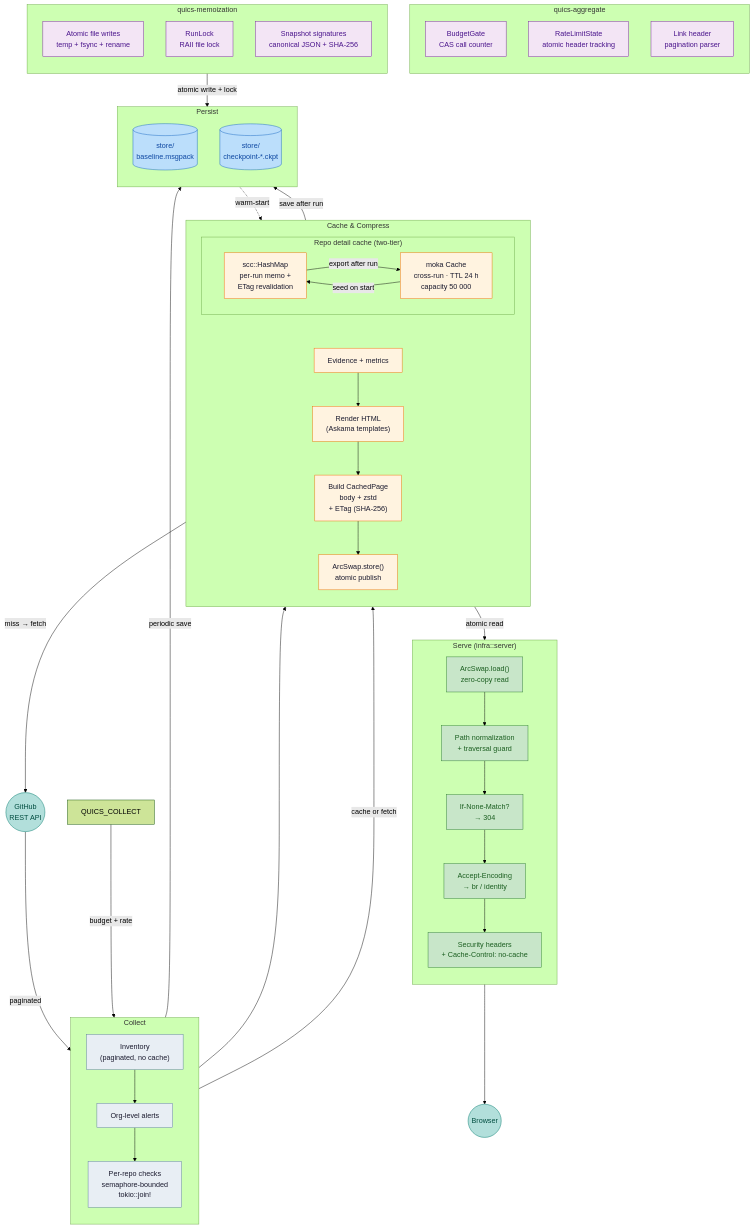
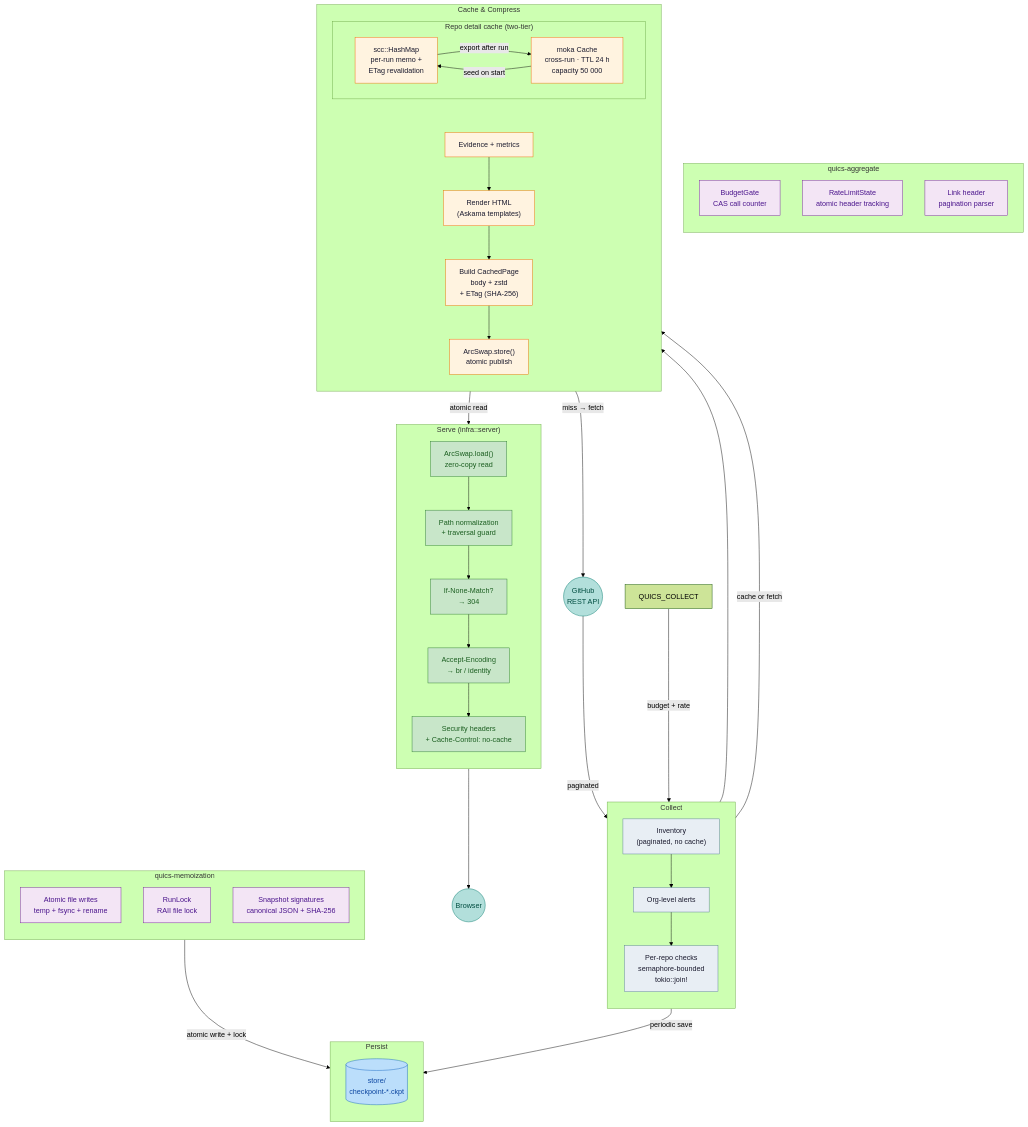
One commit to Mattilsynet/gh-report changed the diagram in crates/gh-report/OPERATIONS.md. Above: the diagram before and after it, drawn with Mermaid (forest theme). The commit also changed other lines of this file, not shown here.

First line of the commit message:
Reconcile baseline operations docs

````diff
--- a/crates/gh-report/OPERATIONS.md
+++ b/crates/gh-report/OPERATIONS.md
@@ -229,7 +228,6 @@
 
     subgraph PERSIST["Persist"]
         direction TB
-        baseline[("store/<br/>baseline.msgpack")]
         checkpoint[("store/<br/>checkpoint-*.ckpt")]
     end
 
@@ -241,9 +239,7 @@
     scc_cache -- "miss → fetch" --> api
     checks -- "periodic save" --> checkpoint
     QUICS_MEMO -- "atomic write + lock" --> PERSIST
-    evidence -- "save after run" --> baseline
     swap -- "atomic read" --> read
-    baseline -. "warm-start" .-> render
     headers --> user
 
     CACHE ~~~ PERSIST
@@ -259,7 +255,7 @@
     class scc_cache,moka,evidence,render,compress,swap cache
     class read,path,etag,neg,headers serve
     class api,user ext
-    class baseline,checkpoint store
+    class checkpoint store
     class budget,ratelimit,pagination lib
     class atomicfs,runlock,signature lib
 ```
````
